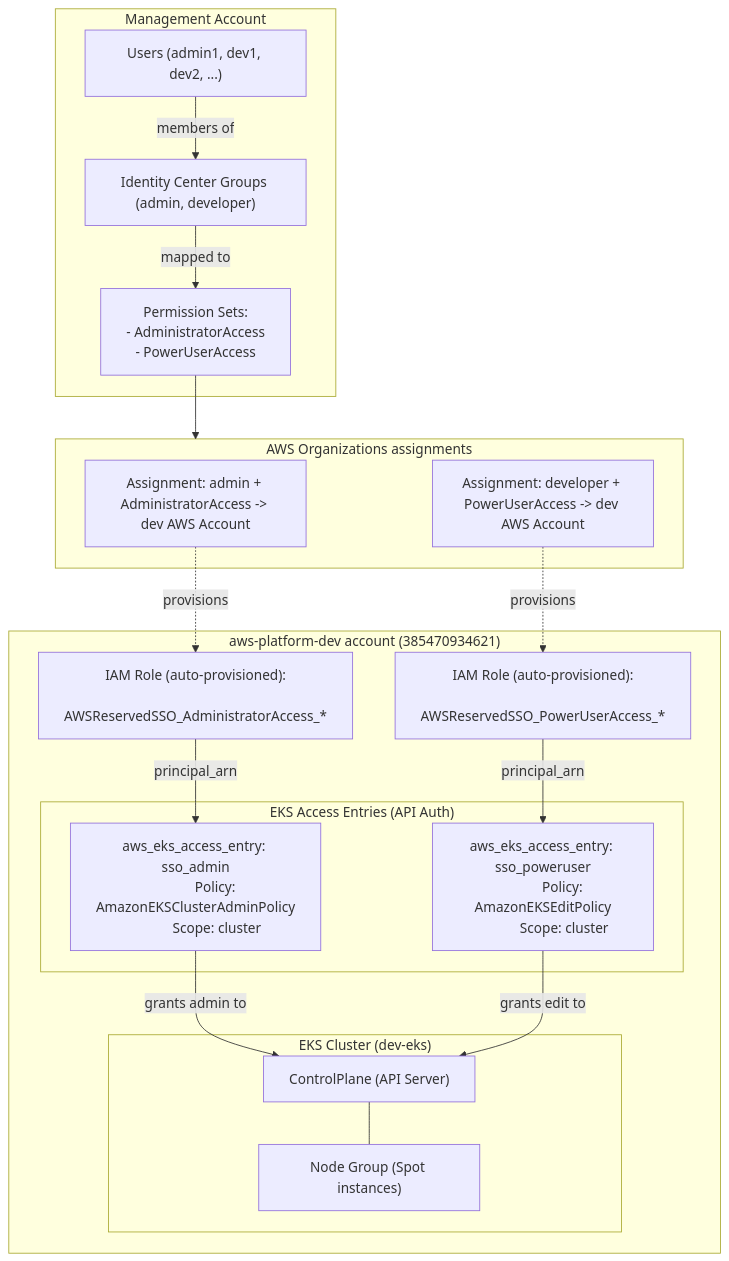
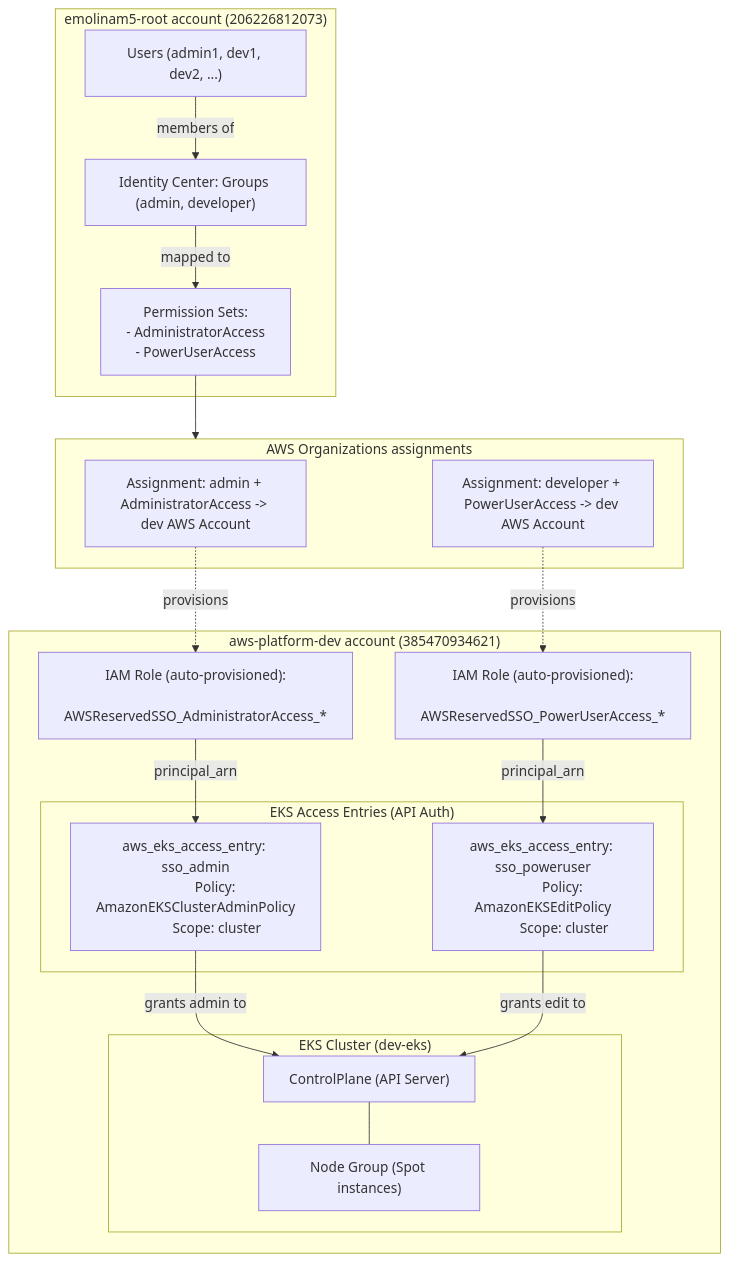
The first of 2 diagrams in lab-aws-eks/README.md (ericmolinam/aws-projects), drawn with Mermaid before and after one commit. The commit also changed other lines of this file, not shown here.

````diff
--- a/lab-aws-eks/README.md
+++ b/lab-aws-eks/README.md
@@ -7,50 +8,50 @@
 ```mermaid
 flowchart TD
-    subgraph Management_Account["Management Account"]
+    subgraph Management_Account["emolinam5-root account (206226812073)"]
         Users["Users (admin1, dev1, dev2, ...)"]
-        Groups["Identity Center Groups (admin, developer)"]
+        Groups["Identity Center: Groups (admin, developer)"]
         PermSets["Permission Sets:
         - AdministratorAccess
         - PowerUserAccess"]
 
         Users -->|members of| Groups
         Groups -->|mapped to| PermSets
     end
 
     subgraph AWS_Organizations["AWS Organizations assignments"]
         AssignAdmin["Assignment: admin + AdministratorAccess -> dev AWS Account"]
         AssignDev["Assignment: developer + PowerUserAccess -> dev AWS Account"]
     end
 
     subgraph Dev_Account["aws-platform-dev account (385470934621)"]
         RoleAdmin["IAM Role (auto-provisioned):
         AWSReservedSSO_AdministratorAccess_*"]
         RoleDev["IAM Role (auto-provisioned):
         AWSReservedSSO_PowerUserAccess_*"]
 
         subgraph EKS_Access_Entries["EKS Access Entries (API Auth)"]
             EntryAdmin["aws_eks_access_entry: sso_admin
             Policy: AmazonEKSClusterAdminPolicy
             Scope: cluster"]
             EntryDev["aws_eks_access_entry: sso_poweruser
             Policy: AmazonEKSEditPolicy
             Scope: cluster"]
         end
 
         subgraph Cluster["EKS Cluster (dev-eks)"]
             ControlPlane["ControlPlane (API Server)"]
             NodeGroup["Node Group (Spot instances)"]
         end
     end
 
     PermSets --> AWS_Organizations
     AssignAdmin -.->|provisions| RoleAdmin
     AssignDev -.->|provisions| RoleDev
 
     RoleAdmin -->|principal_arn| EntryAdmin
     RoleDev -->|principal_arn| EntryDev
 
     EntryAdmin -->|grants admin to| ControlPlane
     EntryDev -->|grants edit to| ControlPlane
     ControlPlane --- NodeGroup
 ```
````
